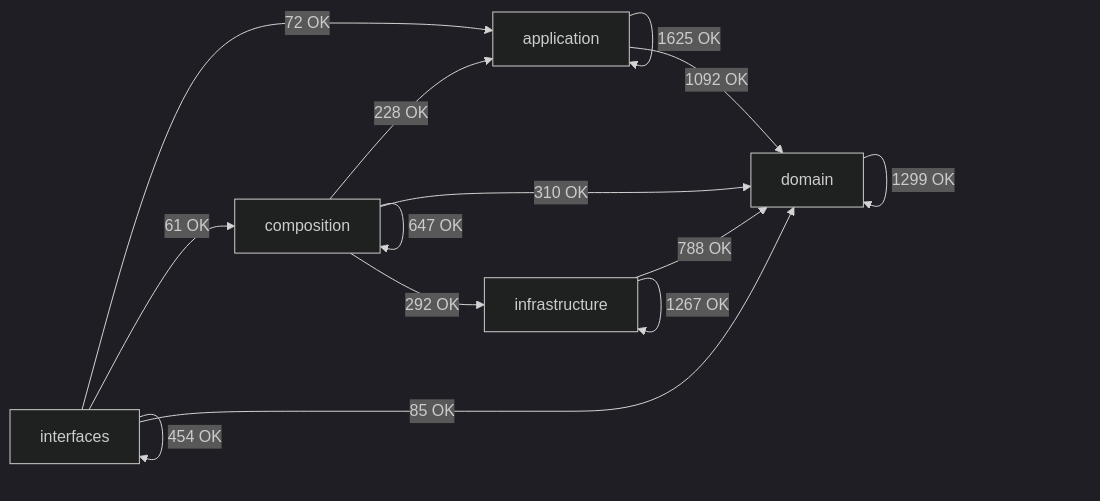
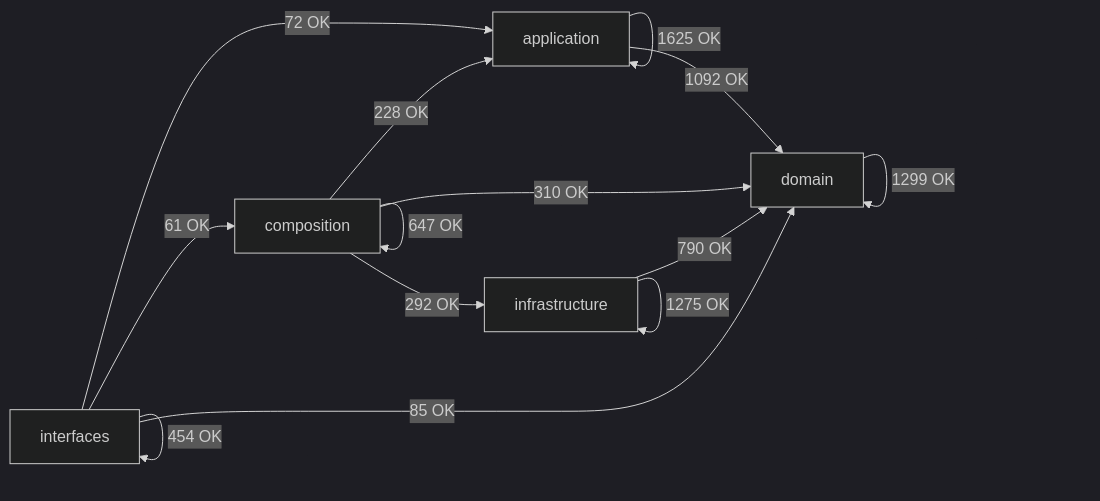
The diagram in docs/02-architecture/generated/module-dependency-map.md (SatoryKono/BioactivityDataAcquisition), drawn with Mermaid (dark theme) before and after one commit. The commit also changed other lines of this file and 23 other files, not shown here.

Commit message:
fix(bronze): bound cleanup helpers within architecture limits

````diff
--- a/docs/02-architecture/generated/module-dependency-map.md
+++ b/docs/02-architecture/generated/module-dependency-map.md
@@ -17,21 +17,21 @@
 ```mermaid
 flowchart LR
     domain[domain]
     application[application]
     infrastructure[infrastructure]
     composition[composition]
     interfaces[interfaces]
     application -->|1625 OK| application
     application -->|1092 OK| domain
     composition -->|228 OK| application
     composition -->|647 OK| composition
     composition -->|310 OK| domain
     composition -->|292 OK| infrastructure
     domain -->|1299 OK| domain
-    infrastructure -->|788 OK| domain
-    infrastructure -->|1267 OK| infrastructure
+    infrastructure -->|790 OK| domain
+    infrastructure -->|1275 OK| infrastructure
     interfaces -->|72 OK| application
     interfaces -->|61 OK| composition
     interfaces -->|85 OK| domain
     interfaces -->|454 OK| interfaces
 ```
````
